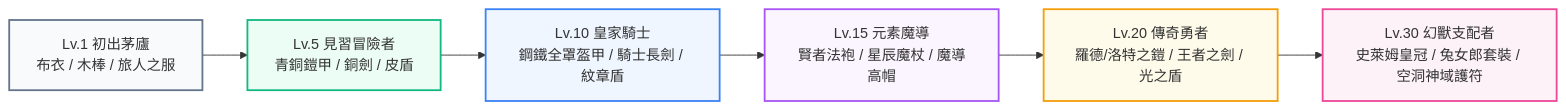
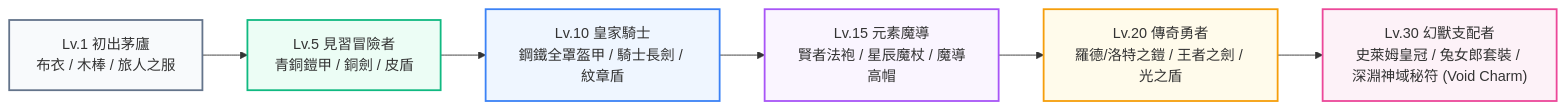
Before and after one commit to moder0811/AgentValhalla: the diagram in document/07_ROADMAP_瓦爾哈拉_勇者鬥惡龍裝備升級系統與32x32經典像素資產開發企劃書.md, drawn with Mermaid. The commit also changed other lines of this file and 3 other files, not shown here.

````diff
--- a/document/07_ROADMAP_瓦爾哈拉_勇者鬥惡龍裝備升級系統與32x32經典像素資產開發企劃書.md
+++ b/document/07_ROADMAP_瓦爾哈拉_勇者鬥惡龍裝備升級系統與32x32經典像素資產開發企劃書.md
@@ -36,15 +36,15 @@
 ```mermaid
 flowchart LR
     L1["Lv.1 初出茅廬<br/>布衣 / 木棒 / 旅人之服"] --> L5["Lv.5 見習冒險者<br/>青銅鎧甲 / 銅劍 / 皮盾"]
     L5 --> L10["Lv.10 皇家騎士<br/>鋼鐵全罩盔甲 / 騎士長劍 / 紋章盾"]
     L10 --> L15["Lv.15 元素魔導<br/>賢者法袍 / 星辰魔杖 / 魔導高帽"]
     L15 --> L20["Lv.20 傳奇勇者<br/>羅德/洛特之鎧 / 王者之劍 / 光之盾"]
-    L20 --> L30["Lv.30 幻獸支配者<br/>史萊姆皇冠 / 兔女郎套裝 / 空洞神域護符"]
+    L20 --> L30["Lv.30 幻獸支配者<br/>史萊姆皇冠 / 兔女郎套裝 / 深淵神域秘符 (Void Charm)"]
 
     style L1 fill:#f8fafc,stroke:#64748b,stroke-width:2px
     style L5 fill:#ecfdf5,stroke:#10b981,stroke-width:2px
     style L10 fill:#eff6ff,stroke:#3b82f6,stroke-width:2px
     style L15 fill:#faf5ff,stroke:#a855f7,stroke-width:2px
     style L20 fill:#fffbeb,stroke:#f59e0b,stroke-width:2px
     style L30 fill:#fdf2f8,stroke:#ec4899,stroke-width:2px
 ```
````
